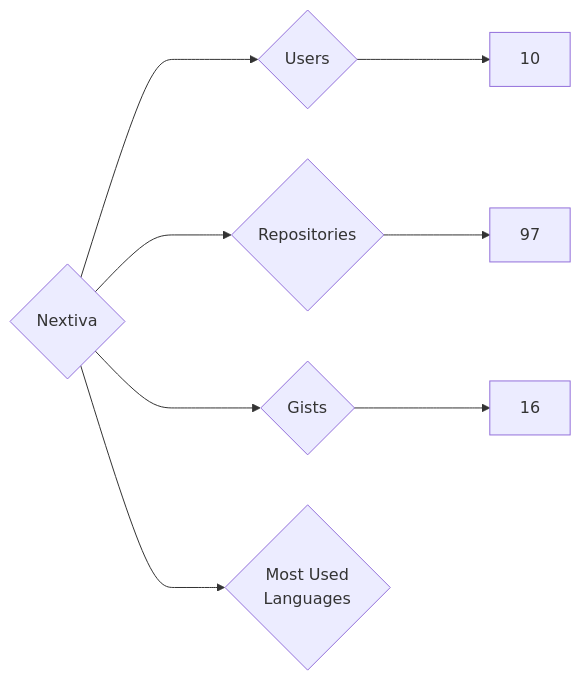
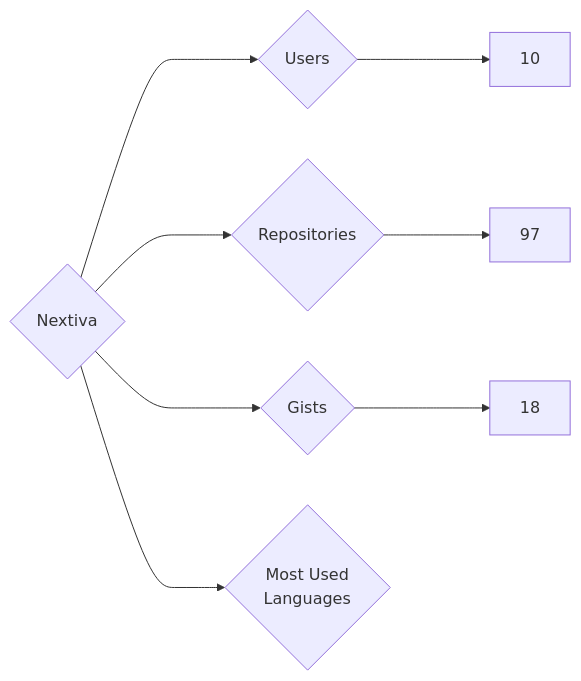
Before and after one commit to nenadzaric/insiders: the diagram in targets/Nextiva/README.md, drawn with Mermaid. The commit also changed 1342 other files, not shown here.

````diff
--- a/targets/Nextiva/README.md
+++ b/targets/Nextiva/README.md
@@ -3,8 +3,8 @@
 ```mermaid
 graph LR
 COMPANY_NAME{Nextiva}
 COMPANY_NAME ---> U{Users} ---> UN[10]
 COMPANY_NAME ---> R{Repositories} ---> RN[97]
-COMPANY_NAME ---> G{Gists} ---> GN[16]
+COMPANY_NAME ---> G{Gists} ---> GN[18]
 COMPANY_NAME ---> ML{Most Used<br>Languages}
 ```
````
